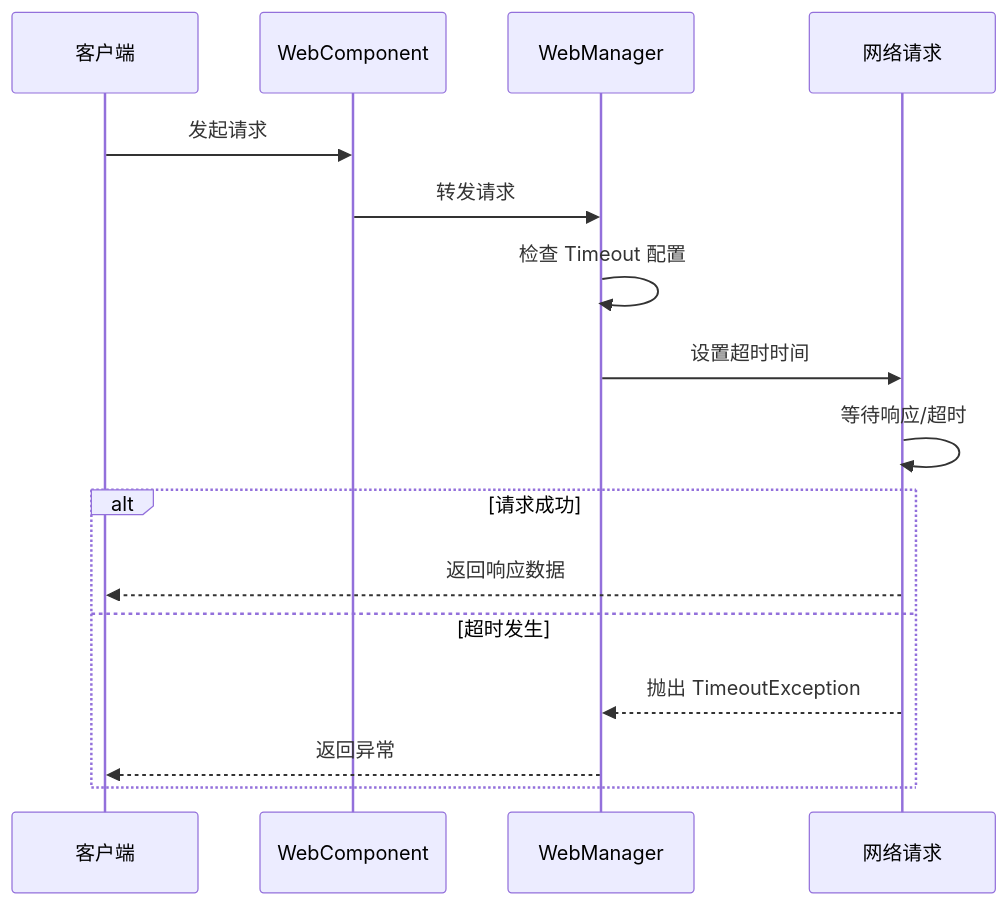
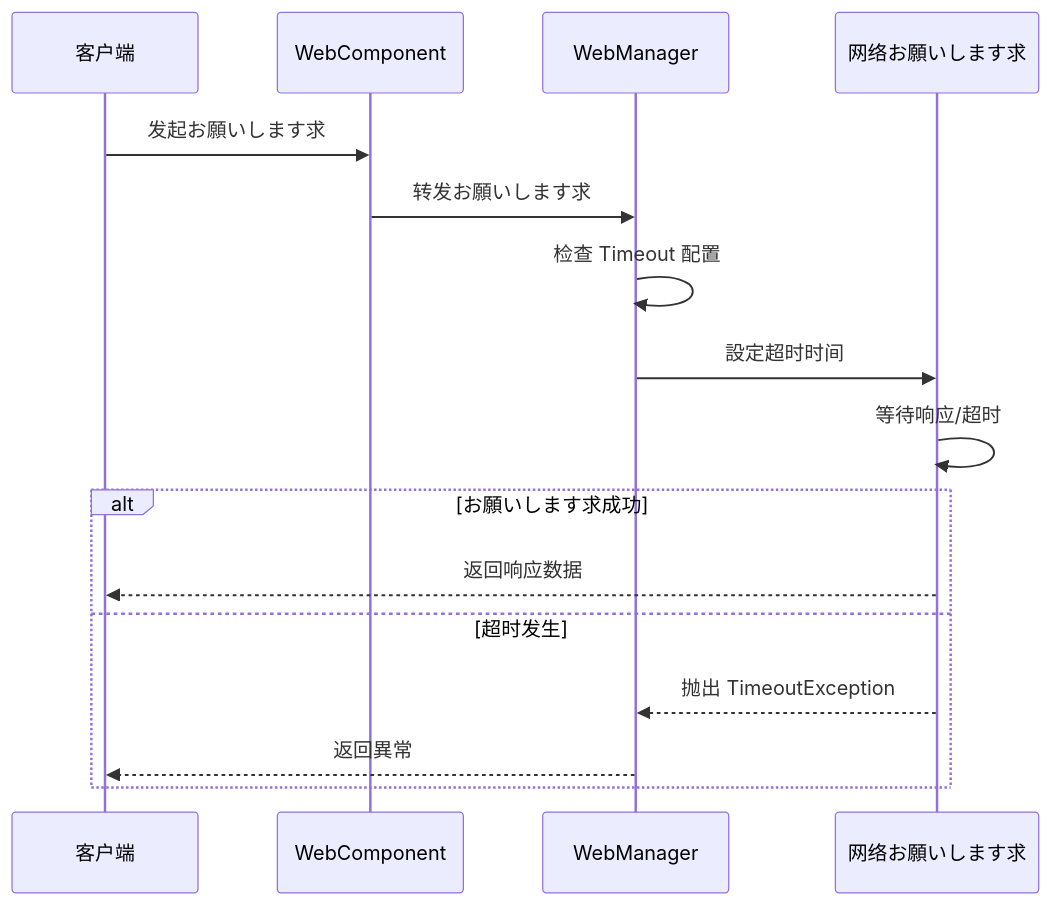
One commit to AlianBlank/GameFrameX.Docs changed the second of 3 diagrams in docs/ja/client/unity/component/web/10.timeout-settings.md. Above: the diagram before and after it, drawn with Mermaid. The commit also changed other lines of this file and 603 other files, not shown here.

````diff
--- a/docs/ja/client/unity/component/web/10.timeout-settings.md
+++ b/docs/ja/client/unity/component/web/10.timeout-settings.md
@@ -140,20 +140,20 @@
 ```mermaid
 sequenceDiagram
     participant Client as 客户端
     participant WebComp as WebComponent
     participant WebMgr as WebManager
-    participant Request as 网络请求
+    participant Request as 网络お願いします求
 
-    Client->>WebComp: 发起请求
-    WebComp->>WebMgr: 转发请求
+    Client->>WebComp: 发起お願いします求
+    WebComp->>WebMgr: 转发お願いします求
     WebMgr->>WebMgr: 检查 Timeout 配置
-    WebMgr->>Request: 设置超时时间
+    WebMgr->>Request: 設定超时时间
     Request->>Request: 等待响应/超时
 
-    alt 请求成功
+    alt お願いします求成功
         Request-->>Client: 返回响应数据
     else 超时发生
         Request-->>WebMgr: 抛出 TimeoutException
-        WebMgr-->>Client: 返回异常
+        WebMgr-->>Client: 返回異常
     end
 ```
````
